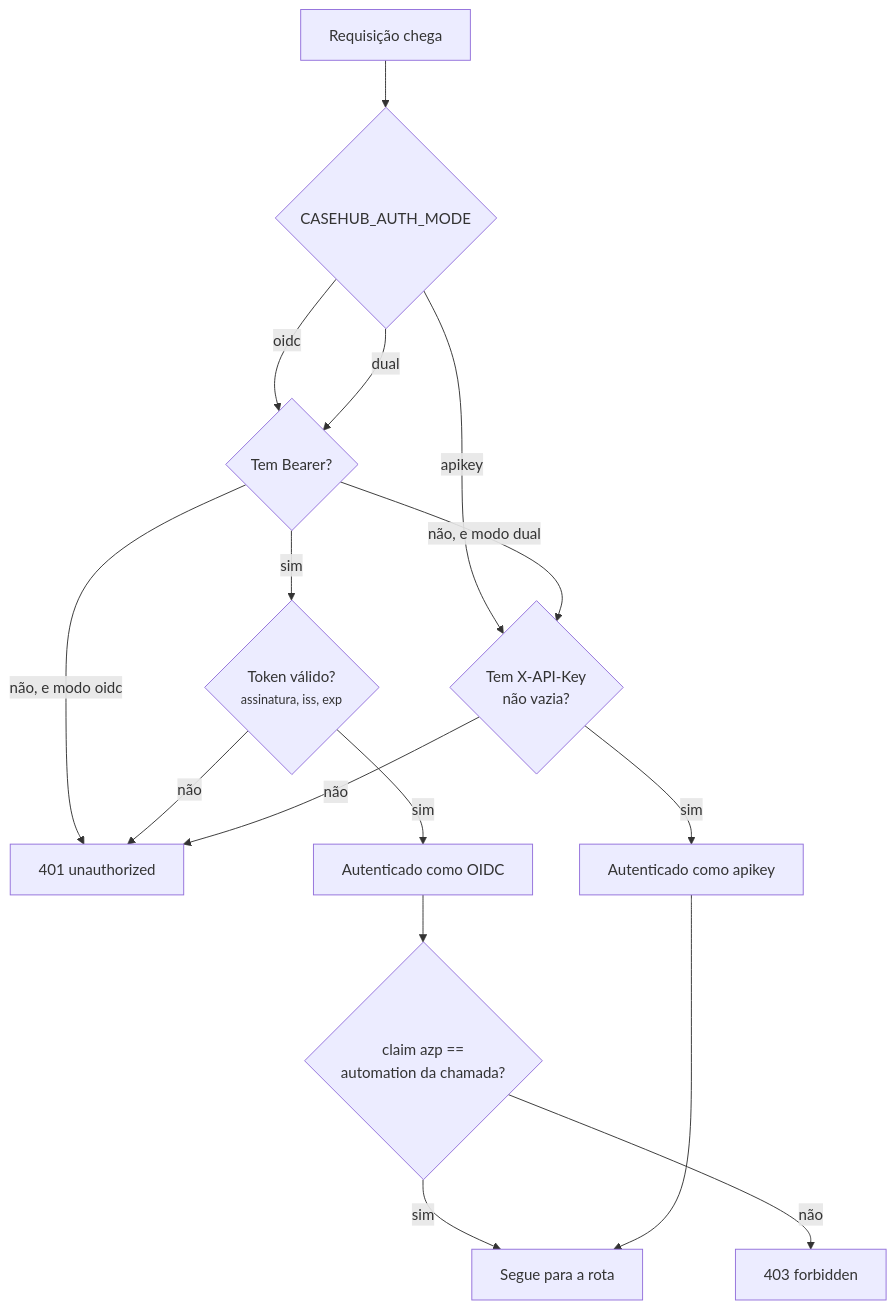
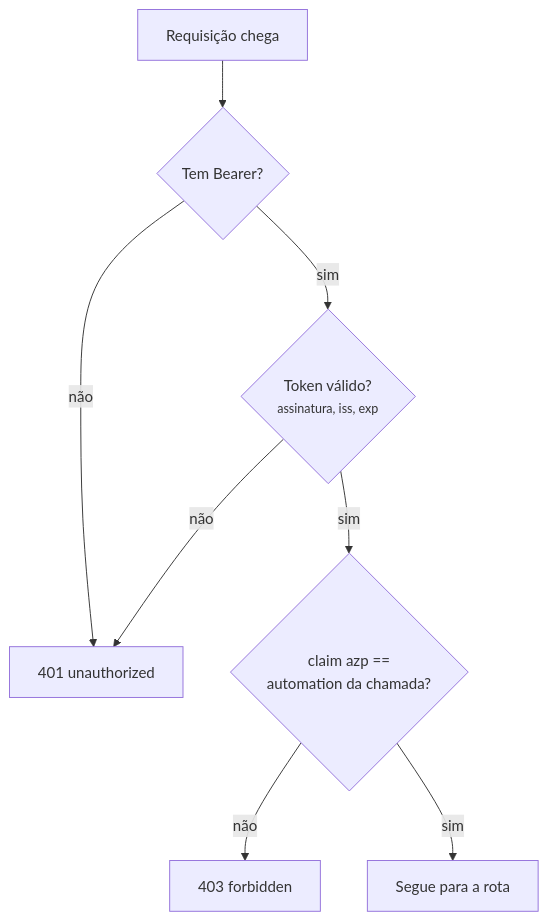
One commit to MatheusLPolidoro/docs-casehub changed the second of 5 diagrams in docs/arquitetura.md. Above: the diagram before and after it, drawn with Mermaid. The commit also changed other lines of this file and 5 other files, not shown here.

First line of the commit message:
[DOCS] Registre que X-API-Key nao autentica mais nada.

````diff
--- a/docs/arquitetura.md
+++ b/docs/arquitetura.md
@@ -40,24 +40,13 @@
 ```mermaid
 flowchart TD
-    R["Requisição chega"] --> M{"CASEHUB_AUTH_MODE"}
+    R["Requisição chega"] --> B{"Tem Bearer?"}
 
-    M -->|oidc| B{"Tem Bearer?"}
-    M -->|dual| B
-    M -->|apikey| AK{"Tem X-API-Key<br/>não vazia?"}
-
-    B -->|não, e modo dual| AK
-    B -->|não, e modo oidc| E401["401 unauthorized"]
+    B -->|não| E401["401 unauthorized"]
     B -->|sim| V{"Token válido?<br/><small>assinatura, iss, exp</small>"}
 
     V -->|não| E401
-    V -->|sim| AUT["Autenticado como OIDC"]
+    V -->|sim| Z{"claim azp ==<br/>automation da chamada?"}
 
-    AK -->|não| E401
-    AK -->|sim| AUTK["Autenticado como apikey"]
-
-    AUT --> Z{"claim azp ==<br/>automation da chamada?"}
     Z -->|não| E403["403 forbidden"]
     Z -->|sim| OK["Segue para a rota"]
-
-    AUTK --> OK
 ```
````
